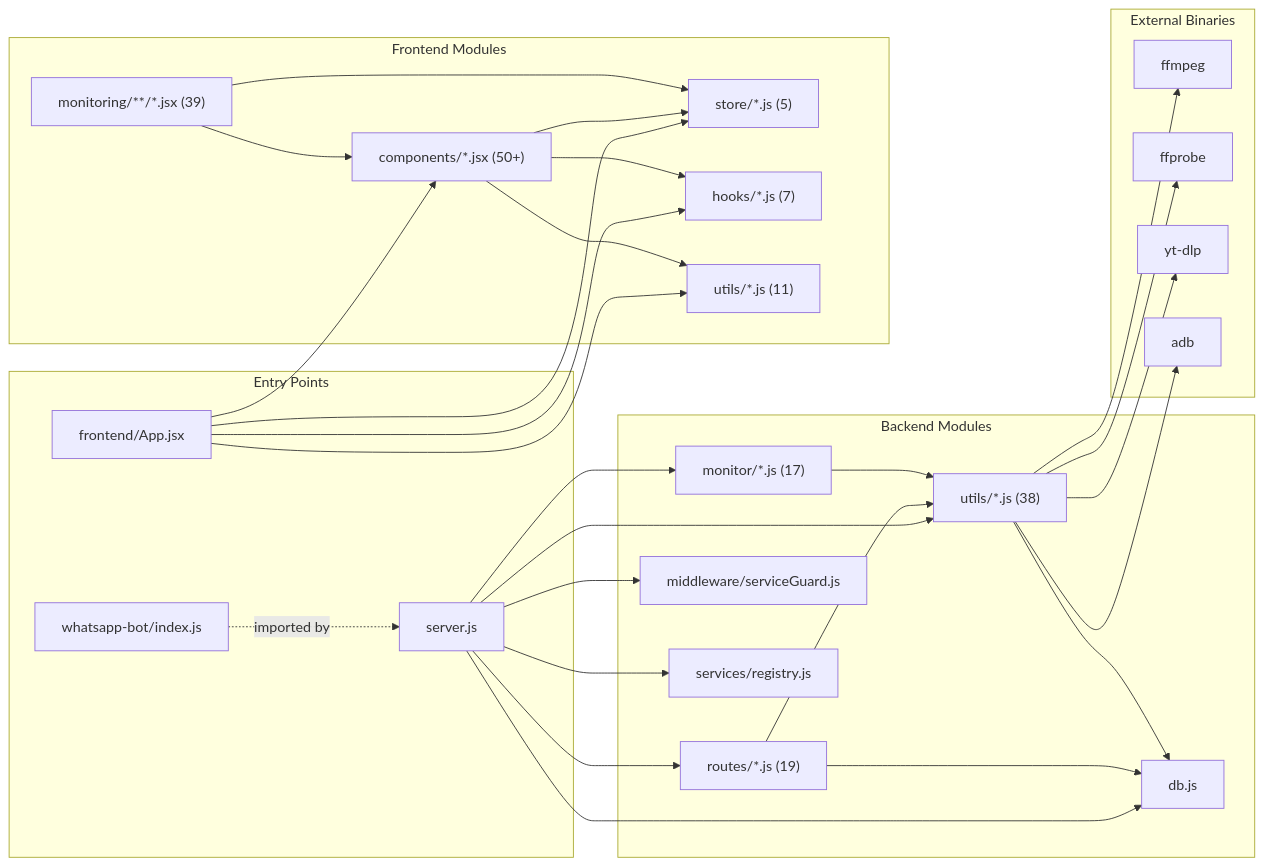
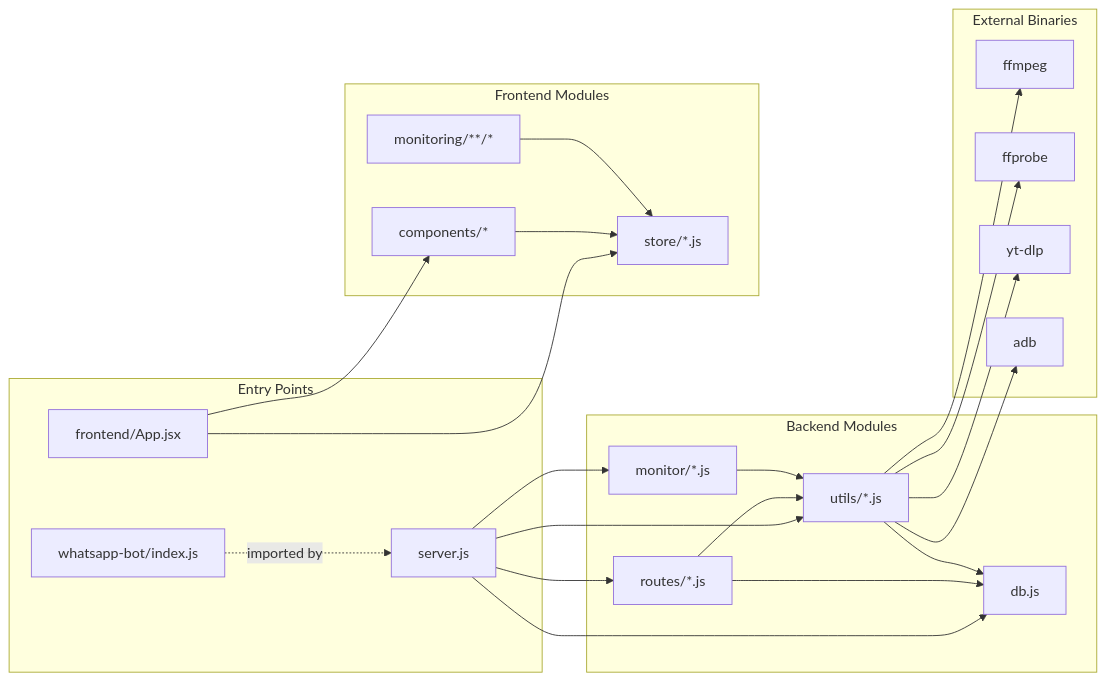
One commit to NE2KO/Neko2Neko changed the third of 35 diagrams in TECHNICAL_DOCUMENTATION.md. Above: the diagram before and after it, drawn with Mermaid. The commit also changed other lines of this file, not shown here.

Commit message:
fix: simplify messy mermaid layouts and reduce long connector lines

````diff
--- a/TECHNICAL_DOCUMENTATION.md
+++ b/TECHNICAL_DOCUMENTATION.md
@@ -309,60 +204,49 @@
 ```mermaid
 flowchart LR
     subgraph Entry["Entry Points"]
         Server["server.js"]
         App["frontend/App.jsx"]
         WA_Index["whatsapp-bot/index.js"]
     end
 
     subgraph Backend["Backend Modules"]
         DB["db.js"]
-        Routes["routes/*.js (19)"]
-        Utils["utils/*.js (38)"]
-        Monitor["monitor/*.js (17)"]
-        Middleware["middleware/serviceGuard.js"]
-        Services["services/registry.js"]
+        Routes["routes/*.js"]
+        Utils["utils/*.js"]
+        Monitor["monitor/*.js"]
     end
 
     subgraph Frontend["Frontend Modules"]
-        Components["components/*.jsx (50+)"]
-        Monitoring["monitoring/**/*.jsx (39)"]
-        Stores["store/*.js (5)"]
-        Hooks["hooks/*.js (7)"]
-        UtilsFE["utils/*.js (11)"]
+        Components["components/*"]
+        Monitoring["monitoring/**/*"]
+        Stores["store/*.js"]
     end
 
     subgraph ExternalBin["External Binaries"]
         FFmpeg["ffmpeg"]
         FFprobe["ffprobe"]
         YTDLP["yt-dlp"]
         ADB["adb"]
     end
 
     Server --> DB
     Server --> Routes
     Server --> Monitor
     Server --> Utils
-    Server --> Middleware
-    Server --> Services
 
     Routes --> Utils
     Routes --> DB
     Monitor --> Utils
     Utils --> DB
     Utils --> FFmpeg
     Utils --> FFprobe
     Utils --> YTDLP
     Utils --> ADB
 
     App --> Components
     App --> Stores
-    App --> Hooks
-    App --> UtilsFE
     Components --> Stores
-    Components --> Hooks
-    Components --> UtilsFE
     Monitoring --> Stores
-    Monitoring --> Components
 
     WA_Index -.->|imported by| Server
 ```
````
